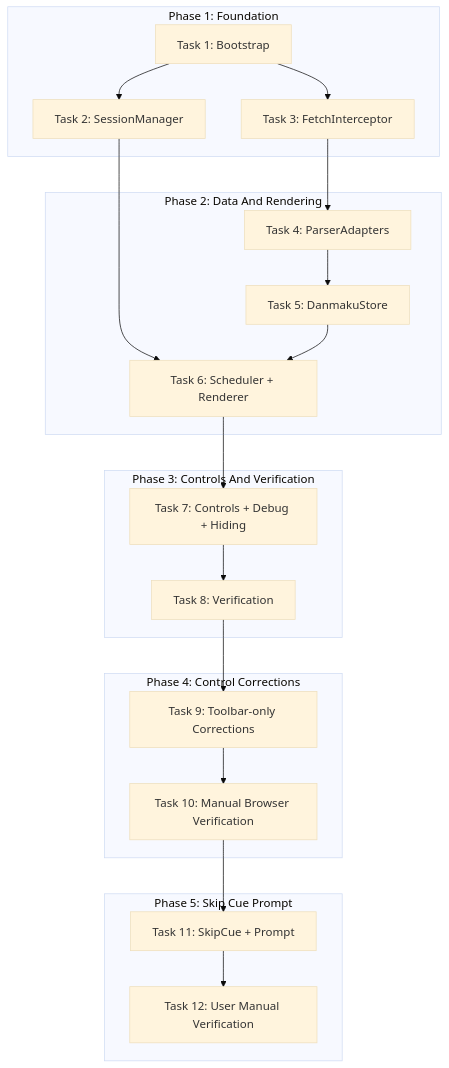
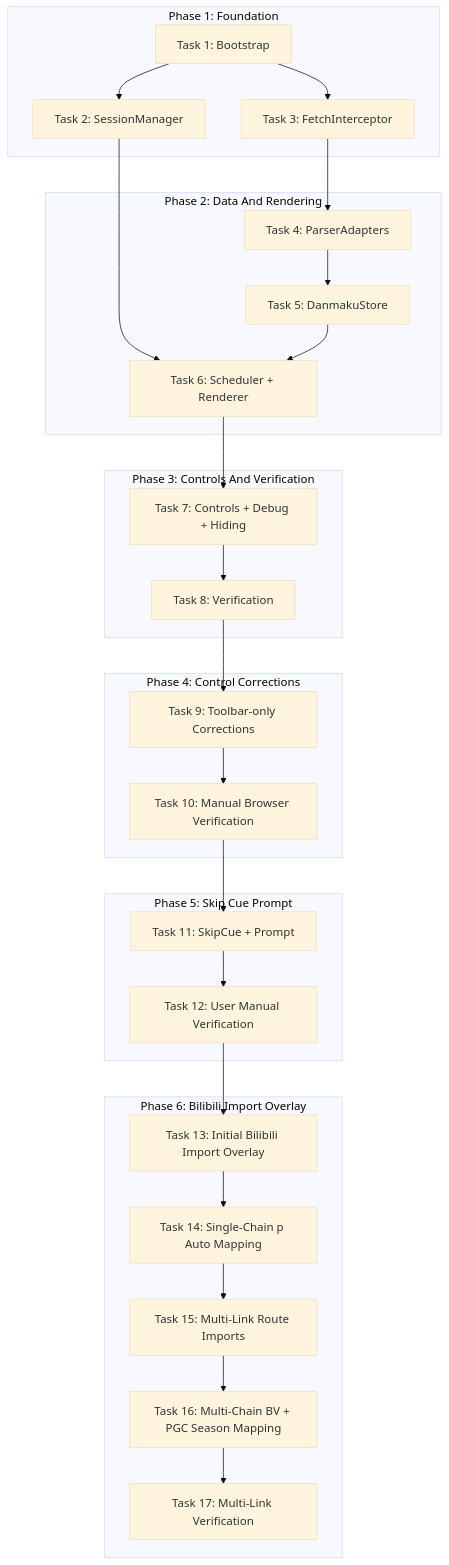
The diagram in docs/plan/dependency-graph.md (Loong111/AniCh-dandanPlay), drawn with Mermaid (base theme) before and after one commit. The commit also changed 8 other files, not shown here.

````diff
--- a/docs/plan/dependency-graph.md
+++ b/docs/plan/dependency-graph.md
@@ -3,41 +3,54 @@
 ```mermaid
 graph TD
     subgraph Phase1 [Phase 1: Foundation]
         T1[Task 1: Bootstrap]
         T2[Task 2: SessionManager]
         T3[Task 3: FetchInterceptor]
         T1 --> T2
         T1 --> T3
     end
 
     subgraph Phase2 [Phase 2: Data And Rendering]
         T4[Task 4: ParserAdapters]
         T5[Task 5: DanmakuStore]
         T6[Task 6: Scheduler + Renderer]
         T3 --> T4
         T4 --> T5
         T2 --> T6
         T5 --> T6
     end
 
     subgraph Phase3 [Phase 3: Controls And Verification]
         T7[Task 7: Controls + Debug + Hiding]
         T8[Task 8: Verification]
         T6 --> T7
         T7 --> T8
     end
 
     subgraph Phase4 [Phase 4: Control Corrections]
         T9[Task 9: Toolbar-only Corrections]
         T10[Task 10: Manual Browser Verification]
         T8 --> T9
         T9 --> T10
     end
 
     subgraph Phase5 [Phase 5: Skip Cue Prompt]
         T11[Task 11: SkipCue + Prompt]
         T12[Task 12: User Manual Verification]
         T10 --> T11
         T11 --> T12
     end
+
+    subgraph Phase6 [Phase 6: Bilibili Import Overlay]
+        T13[Task 13: Initial Bilibili Import Overlay]
+        T14[Task 14: Single-Chain p Auto Mapping]
+        T15[Task 15: Multi-Link Route Imports]
+        T16[Task 16: Multi-Chain BV + PGC Season Mapping]
+        T17[Task 17: Multi-Link Verification]
+        T12 --> T13
+        T13 --> T14
+        T14 --> T15
+        T15 --> T16
+        T16 --> T17
+    end
 ```
````
